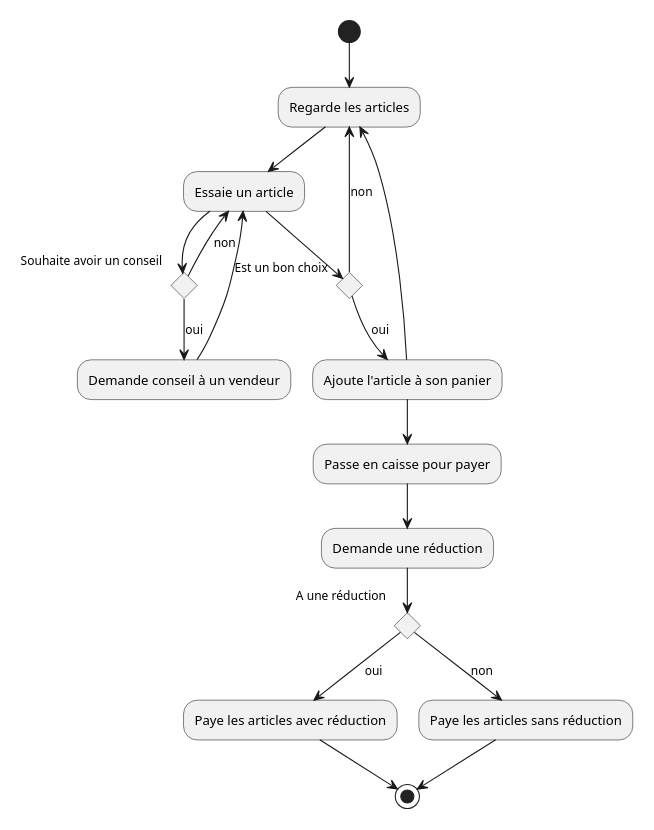
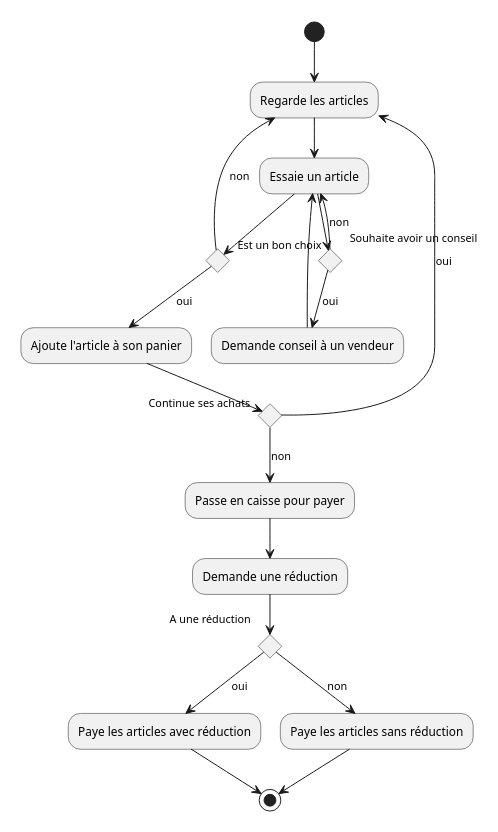
One commit to thomasGuibert/Cours-Design changed the diagram in S2/assets/achatVetements.plantuml. Above: the diagram before and after it, drawn with PlantUML. The commit also changed other lines of this file and 38 other files, not shown here.

```diff
--- a/S2/assets/achatVetements.plantuml
+++ b/S2/assets/achatVetements.plantuml
@@ -1,27 +1,34 @@
 @startuml machine à café
 scale 400*400
 
 (*) --> "Regarde les articles"
 --> "Essaie un article"
 if "Souhaite avoir un conseil"
 --> [oui]"Demande conseil à un vendeur"
 --> "Essaie un article"
     if "Est un bon choix"
     --> [oui]"Ajoute l'article à son panier"
-    --> "Regarde les articles"
+        if "Continue ses achats"
+        --> [oui]"Regarde les articles"
+        else
+        --> [non]"Passe en caisse pour payer"
+        --> "Demande une réduction"
+        endif
+        if "A une réduction"
+        --> [oui] Paye les articles avec réduction
+        --> (*)
+        else
+        --> [non] Paye les articles sans réduction
+        --> (*)
+        endif
     else
     --> [non]"Regarde les articles"
     endif
 else
 --> [non]"Essaie un article"
 endif
 
-"Ajoute l'article à son panier" --> "Passe en caisse pour payer"
---> "Demande une réduction"
-if "A une réduction"
---> [oui] Paye les articles avec réduction
---> (*)
-else
---> [non] Paye les articles sans réduction
---> (*)
+
+
+
 @enduml
```
